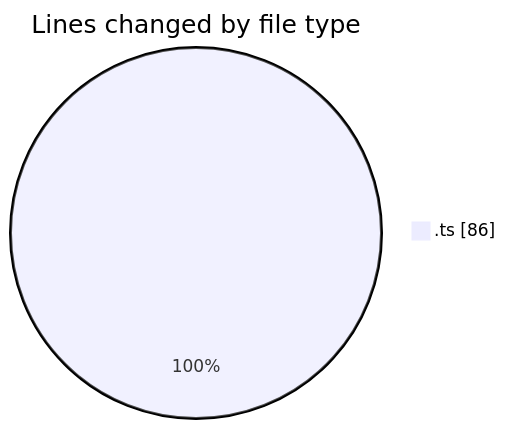
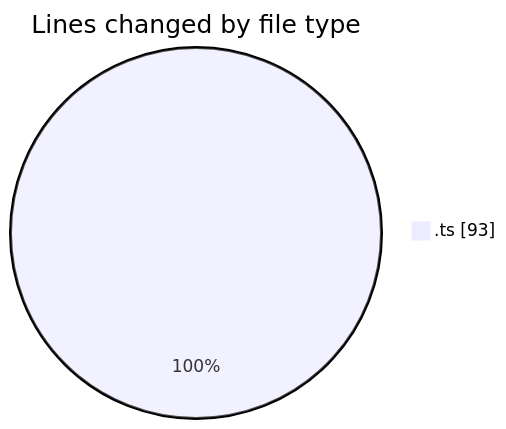
One commit to igalym/code-tracking changed the first of 2 diagrams in 2026-03-31/cinema/README.md. Above: the diagram before and after it, drawn with Mermaid. The commit also changed other lines of this file and 1 other file, not shown here.

````diff
--- a/2026-03-31/cinema/README.md
+++ b/2026-03-31/cinema/README.md
@@ -24,5 +25,5 @@
 ```mermaid
 pie showData
 title Lines changed by file type
-".ts" : 86
+".ts" : 93
 ```
````
